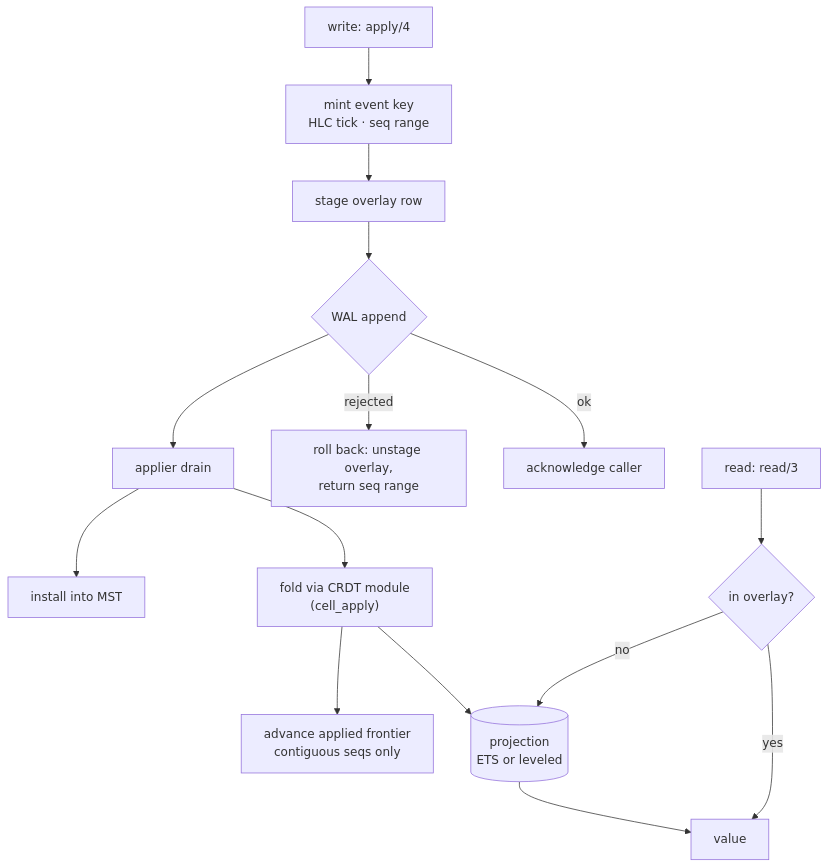
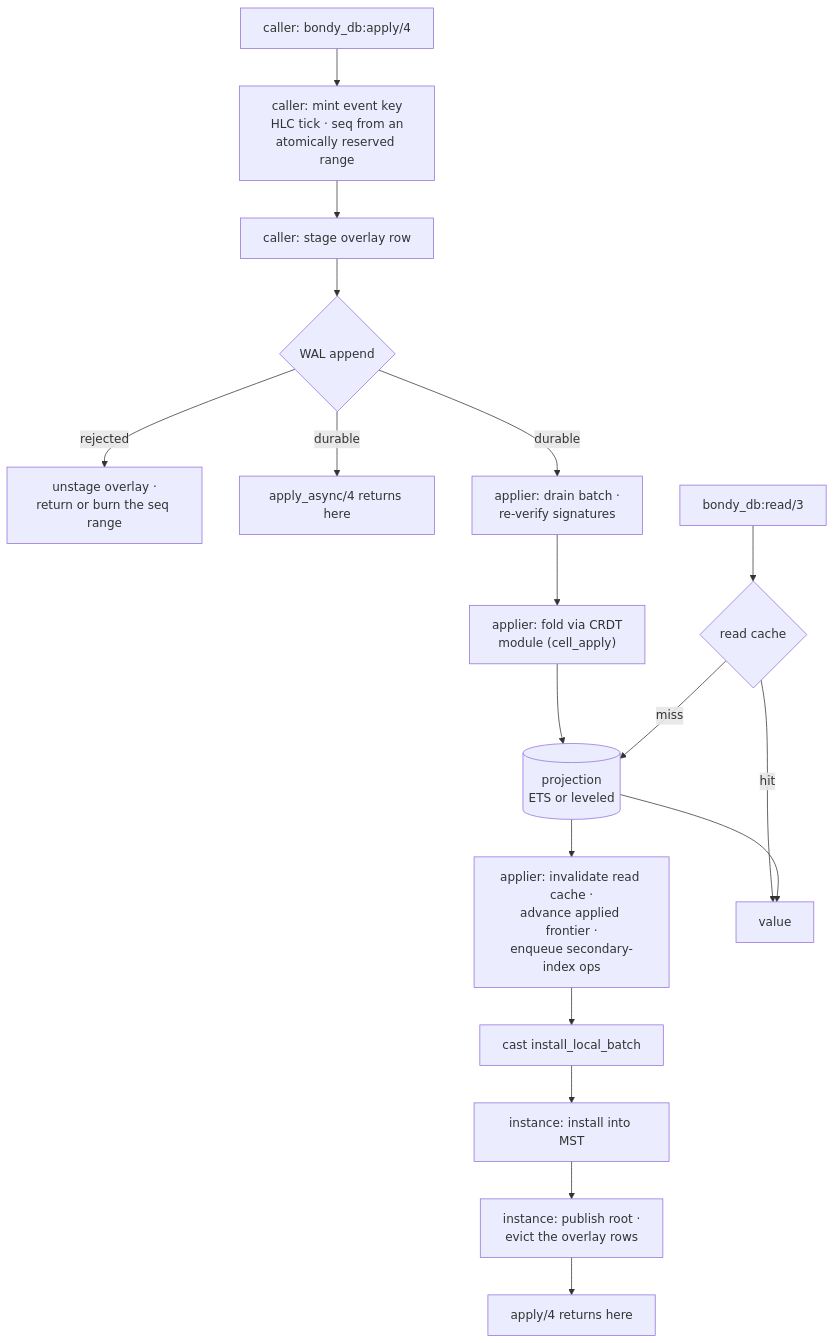
Before and after one commit to bondy-io/bondy: the diagram in doc/guides/architecture/db_view_shard_runtime.md, drawn with Mermaid. The commit also changed other lines of this file and 16 other files, not shown here.

````diff
--- a/doc/guides/architecture/db_view_shard_runtime.md
+++ b/doc/guides/architecture/db_view_shard_runtime.md
@@ -9,17 +13,20 @@
 ```mermaid
 flowchart TD
-    W["write: apply/4"] --> MINT["mint event key<br/>HLC tick · seq range"]
-    MINT --> OV["stage overlay row"]
+    W["caller: bondy_db:apply/4"] --> MINT["caller: mint event key<br/>HLC tick · seq from an<br/>atomically reserved range"]
+    MINT --> OV["caller: stage overlay row"]
     OV --> WA{"WAL append"}
-    WA -->|ok| ACK["acknowledge caller"]
-    WA -->|rejected| RB["roll back: unstage overlay,<br/>return seq range"]
-    WA --> DR["applier drain"]
-    DR --> FOLD["fold via CRDT module<br/>(cell_apply)"]
+    WA -->|rejected| RB["unstage overlay ·<br/>return or burn the seq range"]
+    WA -->|durable| ASY["apply_async/4 returns here"]
+    WA -->|durable| DR["applier: drain batch ·<br/>re-verify signatures"]
+    DR --> FOLD["applier: fold via CRDT<br/>module (cell_apply)"]
     FOLD --> PROJ[("projection<br/>ETS or leveled")]
-    FOLD --> FRONT["advance applied frontier<br/>contiguous seqs only"]
-    DR --> INSTALL["install into MST"]
-    RD["read: read/3"] --> OV2{"in overlay?"}
-    OV2 -->|yes| V["value"]
-    OV2 -->|no| PROJ
+    PROJ --> POST["applier: invalidate read cache ·<br/>advance applied frontier ·<br/>enqueue secondary-index ops"]
+    POST --> CAST["cast install_local_batch"]
+    CAST --> INSTALL["instance: install into MST"]
+    INSTALL --> PUB["instance: publish root ·<br/>evict the overlay rows"]
+    PUB --> ACK["apply/4 returns here"]
+    RD["bondy_db:read/3"] --> CA{"read cache"}
+    CA -->|hit| V["value"]
+    CA -->|miss| PROJ
     PROJ --> V
 ```
````
